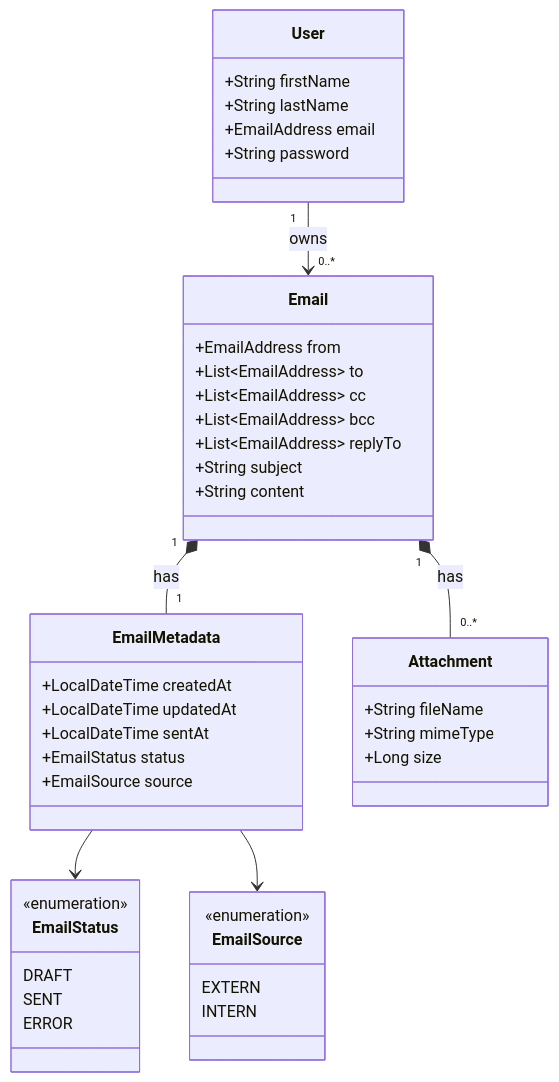
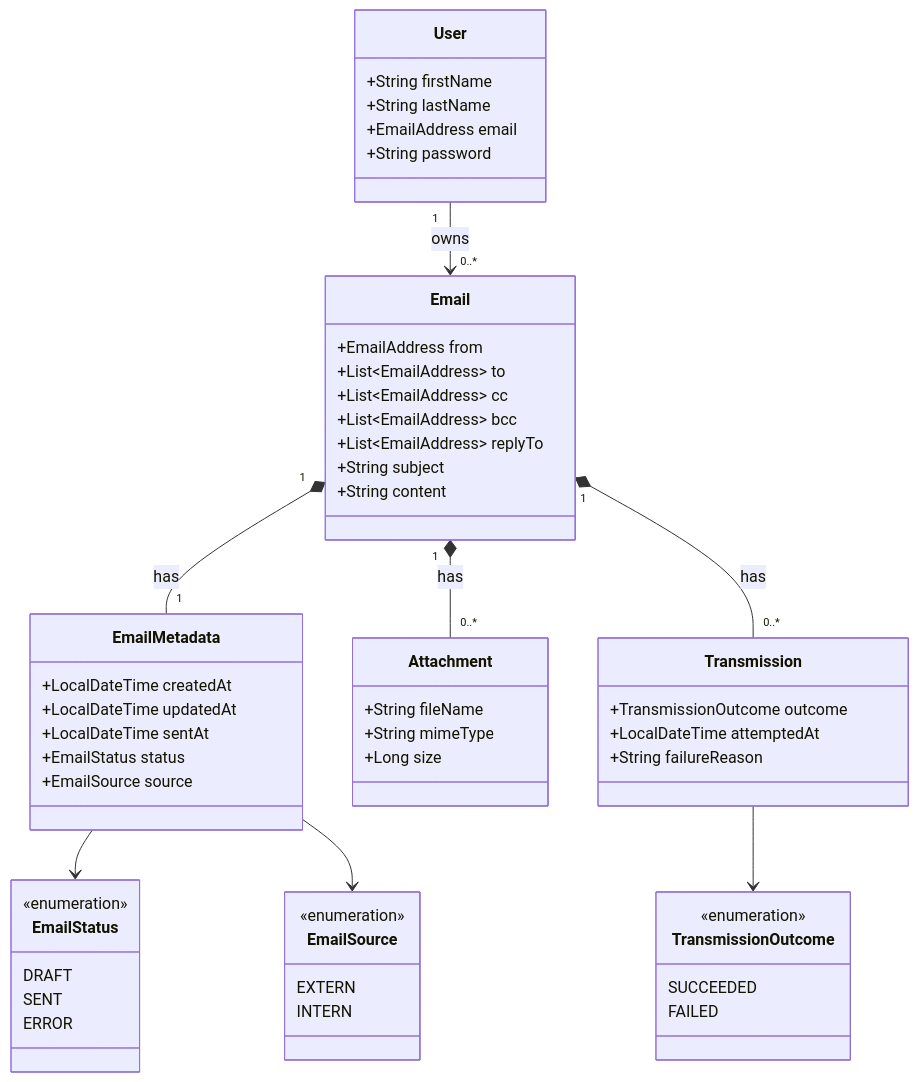
The first of 2 diagrams in docs/architecture/domain.md (Factigh/fullstack-mail-system), drawn with Mermaid before and after one commit. The commit also changed other lines of this file and 12 other files, not shown here.

````diff
--- a/docs/architecture/domain.md
+++ b/docs/architecture/domain.md
@@ -21,46 +23,58 @@
 ```mermaid
 classDiagram
     class User {
         +String firstName
         +String lastName
         +EmailAddress email
         +String password
     }
     class Email {
         +EmailAddress from
         +List~EmailAddress~ to
         +List~EmailAddress~ cc
         +List~EmailAddress~ bcc
         +List~EmailAddress~ replyTo
         +String subject
         +String content
     }
     class EmailMetadata {
         +LocalDateTime createdAt
         +LocalDateTime updatedAt
         +LocalDateTime sentAt
         +EmailStatus status
         +EmailSource source
     }
     class Attachment {
         +String fileName
         +String mimeType
         +Long size
     }
     class EmailStatus {
         <<enumeration>>
         DRAFT
         SENT
         ERROR
     }
     class EmailSource {
         <<enumeration>>
         EXTERN
         INTERN
     }
+    class Transmission {
+        +TransmissionOutcome outcome
+        +LocalDateTime attemptedAt
+        +String failureReason
+    }
+    class TransmissionOutcome {
+        <<enumeration>>
+        SUCCEEDED
+        FAILED
+    }
     User "1" --> "0..*" Email : owns
     Email "1" *-- "1" EmailMetadata : has
     Email "1" *-- "0..*" Attachment : has
+    Email "1" *-- "0..*" Transmission : has
     EmailMetadata --> EmailStatus
     EmailMetadata --> EmailSource
+    Transmission --> TransmissionOutcome
 ```
````
